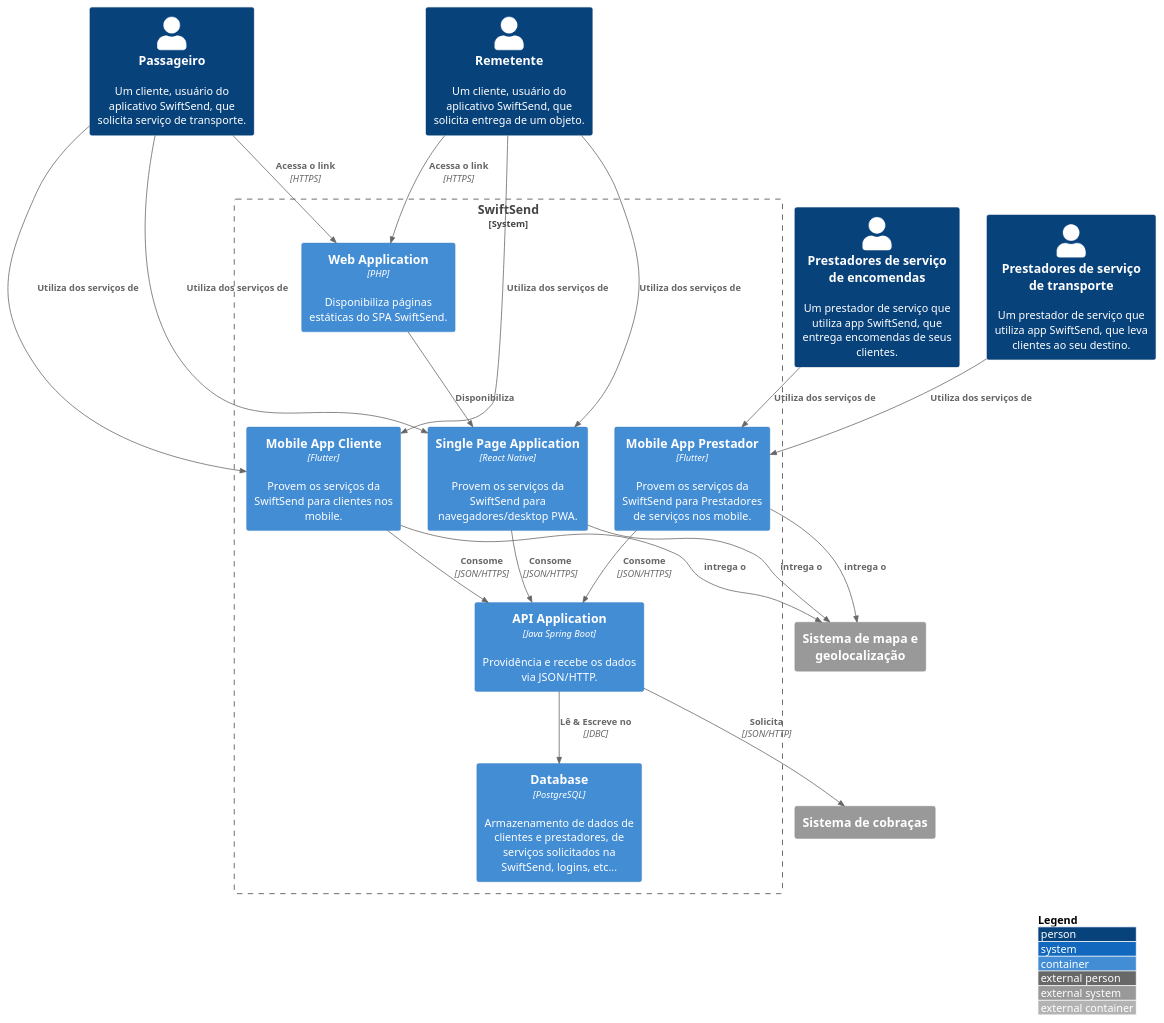
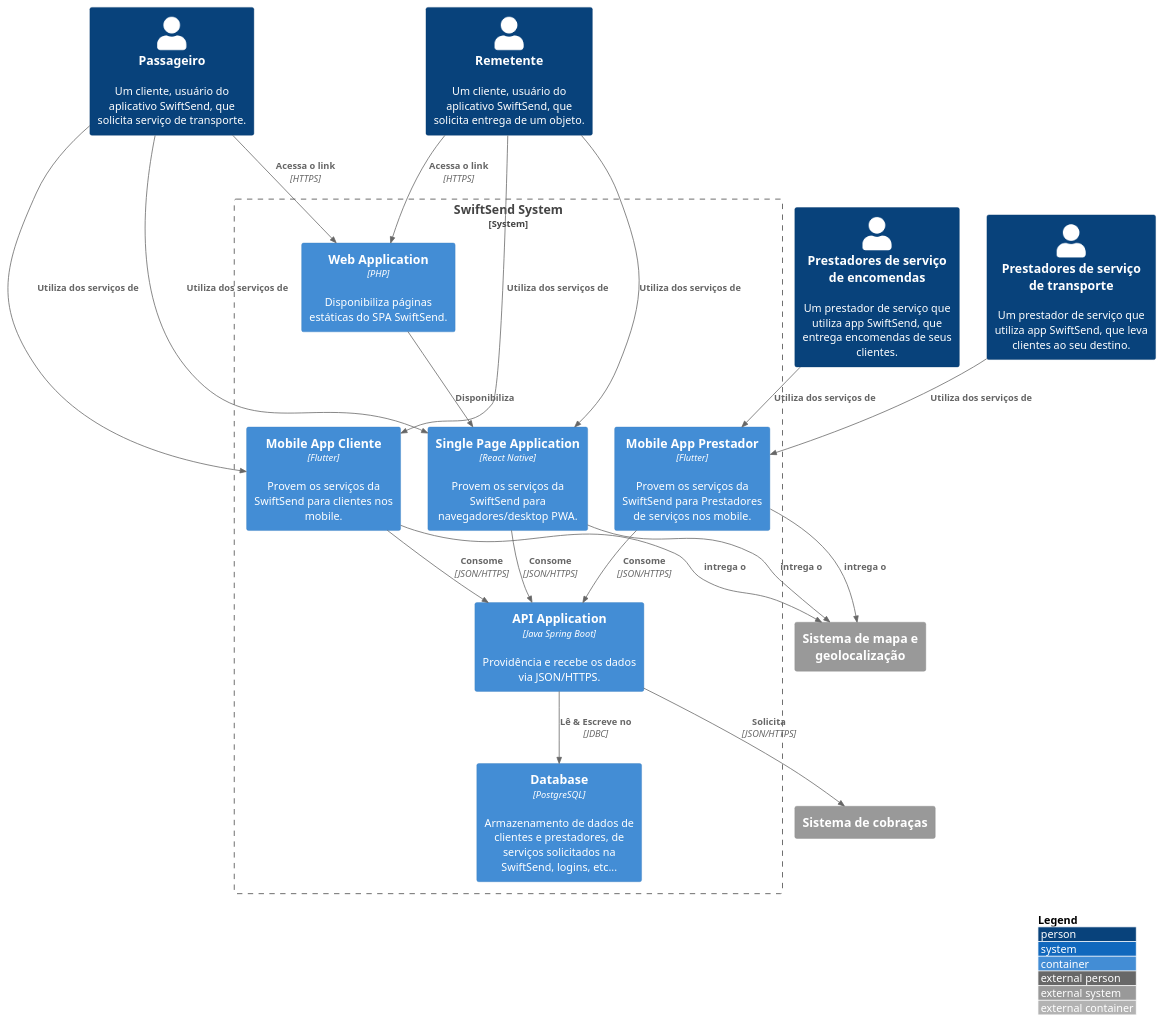
The diagram in src/SwiftSend/system.puml (43D/SwitfSend_C4Builder), drawn with PlantUML before and after one commit. The commit also changed 27 other files, not shown here.

```diff
--- a/src/SwiftSend/system.puml
+++ b/src/SwiftSend/system.puml
@@ -1,40 +1,40 @@
 @startuml
 !include https://raw.githubusercontent.com/adrianvlupu/C4-PlantUML/latest/C4_Container.puml
 
 LAYOUT_WITH_LEGEND()
 
 Person(passageiro, "Passageiro", "Um cliente, usuário do aplicativo SwiftSend, que solicita serviço de transporte.")
 Person(remetente, "Remetente", "Um cliente, usuário do aplicativo SwiftSend, que solicita entrega de um objeto.")
 Person(prestadorTrans, "Prestadores de serviço de transporte", "Um prestador de serviço que utiliza app SwiftSend, que leva clientes ao seu destino.")
 Person(prestadorEncon, "Prestadores de serviço de encomendas", "Um prestador de serviço que utiliza app SwiftSend, que entrega encomendas de seus clientes.")
 System_Ext(bank, "Sistema de cobraças")
 System_Ext(gps, "Sistema de mapa e geolocalização")
 
-System_Boundary(swift, "SwiftSend") {
+System_Boundary(swift, "SwiftSend System") {
     Container(wa, "Web Application", "PHP", "Disponibiliza páginas estáticas do SPA SwiftSend.")
     Container(spa, "Single Page Application", "React Native", "Provem os serviços da SwiftSend para navegadores/desktop PWA.")
     Container(mac, "Mobile App Cliente", "Flutter", "Provem os serviços da SwiftSend para clientes nos mobile.")
     Container(map, "Mobile App Prestador", "Flutter", "Provem os serviços da SwiftSend para Prestadores de serviços nos mobile.")
     Container(db, "Database", "PostgreSQL", "Armazenamento de dados de clientes e prestadores, de serviços solicitados na SwiftSend, logins, etc...")
-    Container(api, "API Application", "Java Spring Boot", "Providência e recebe os dados via JSON/HTTP.")
+    Container(api, "API Application", "Java Spring Boot", "Providência e recebe os dados via JSON/HTTPS.")
 
     Rel(api, db, "Lê & Escreve no", "JDBC")
     Rel(wa, spa, "Disponibiliza")
     Rel(spa, api, "Consome", "JSON/HTTPS")
     Rel(mac, api, "Consome", "JSON/HTTPS")
     Rel(map, api, "Consome", "JSON/HTTPS")
 }
 
 Rel(passageiro, wa, "Acessa o link", "HTTPS")
 Rel(passageiro, spa, "Utiliza dos serviços de")
 Rel(passageiro, mac, "Utiliza dos serviços de")
 Rel(remetente, wa, "Acessa o link", "HTTPS")
 Rel(remetente, spa, "Utiliza dos serviços de")
 Rel(remetente, mac, "Utiliza dos serviços de")
 Rel(prestadorTrans, map, "Utiliza dos serviços de")
 Rel(prestadorEncon, map, "Utiliza dos serviços de")
-Rel(api, bank, "Solicita", "JSON/HTTP")
+Rel(api, bank, "Solicita", "JSON/HTTPS")
 Rel(mac, gps, "intrega o")
 Rel(map, gps, "intrega o")
 Rel(spa, gps, "intrega o")
 @enduml
```
